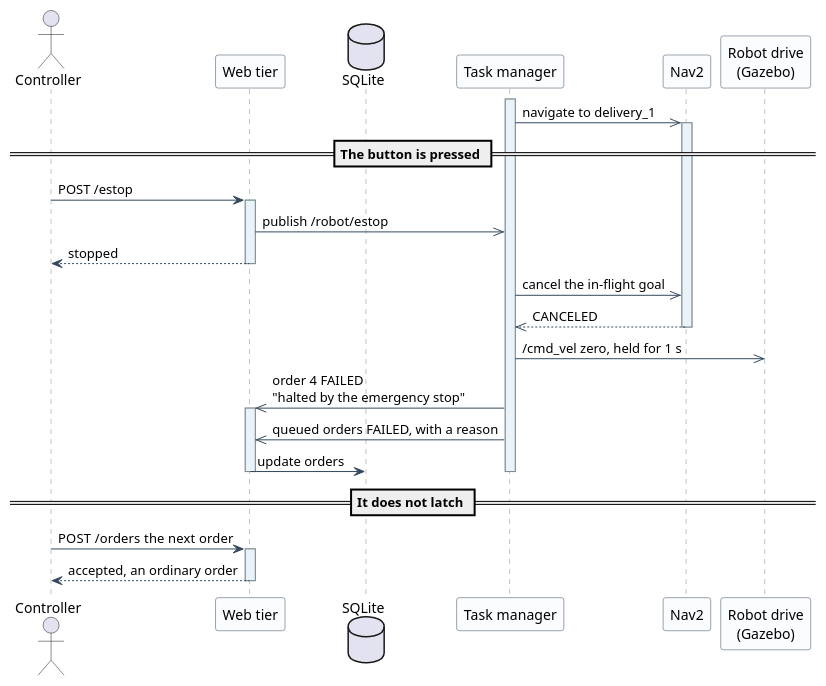
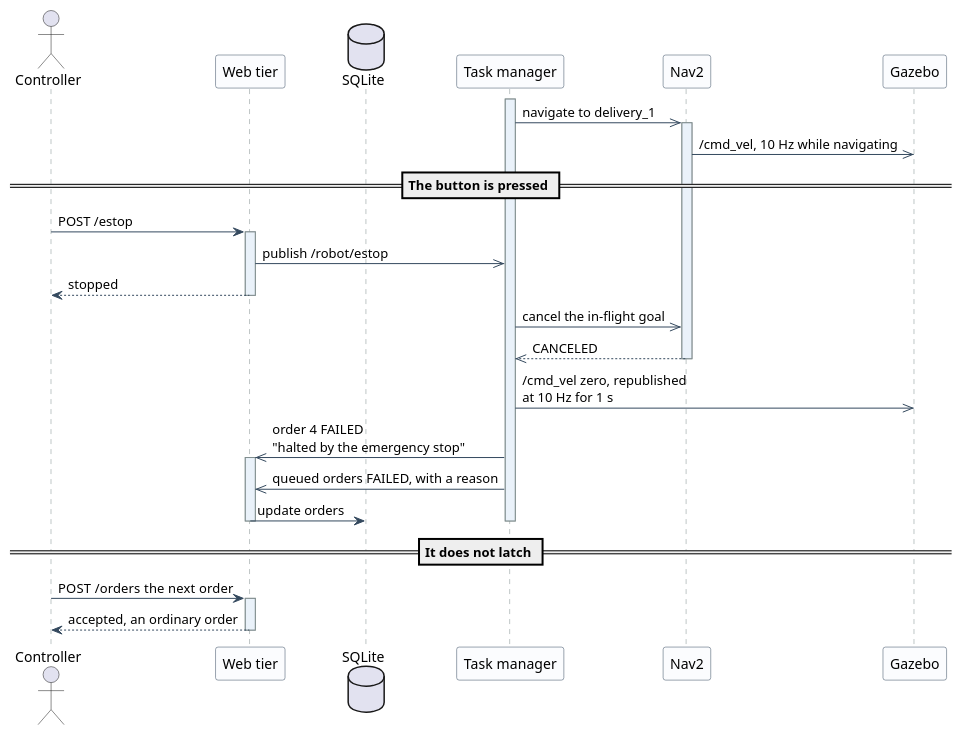
One commit to ArianShafagh/robofetch changed the diagram in report/uml/12-sequence-emergency-stop.puml. Above: the diagram before and after it, drawn with PlantUML. The commit also changed 4 other files, not shown here.

```diff
--- a/report/uml/12-sequence-emergency-stop.puml
+++ b/report/uml/12-sequence-emergency-stop.puml
@@ -11,40 +11,41 @@
 @startuml
 skinparam backgroundColor White
 skinparam shadowing false
 skinparam sequence {
   ArrowColor #34495E
   LifeLineBorderColor #7F8C8D
   ParticipantBorderColor #34495E
   ParticipantBackgroundColor #FBFCFE
   LifeLineBackgroundColor #EAF2FA
 }
 
 actor Controller as C
 participant "Web tier" as API
 database "SQLite" as DB
 participant "Task manager" as TM
 participant "Nav2" as NAV
-participant "Robot drive\n(Gazebo)" as GZ
+participant "Gazebo" as GZ
 
 activate TM
 TM ->> NAV ++ : navigate to delivery_1
+NAV ->> GZ : /cmd_vel, 10 Hz while navigating
 
 == The button is pressed ==
 C -> API ++ : POST /estop
 API ->> TM : publish /robot/estop
 API --> C -- : stopped
 TM ->> NAV : cancel the in-flight goal
 NAV -->> TM -- : CANCELED
-TM ->> GZ : /cmd_vel zero, held for 1 s
+TM ->> GZ : /cmd_vel zero, republished\nat 10 Hz for 1 s
 TM ->> API : order 4 FAILED\n"halted by the emergency stop"
 activate API
 TM ->> API : queued orders FAILED, with a reason
 API -> DB : update orders
 deactivate API
 deactivate TM
 
 == It does not latch ==
 C -> API ++ : POST /orders  the next order
 API --> C -- : accepted, an ordinary order
 
 @enduml
```
